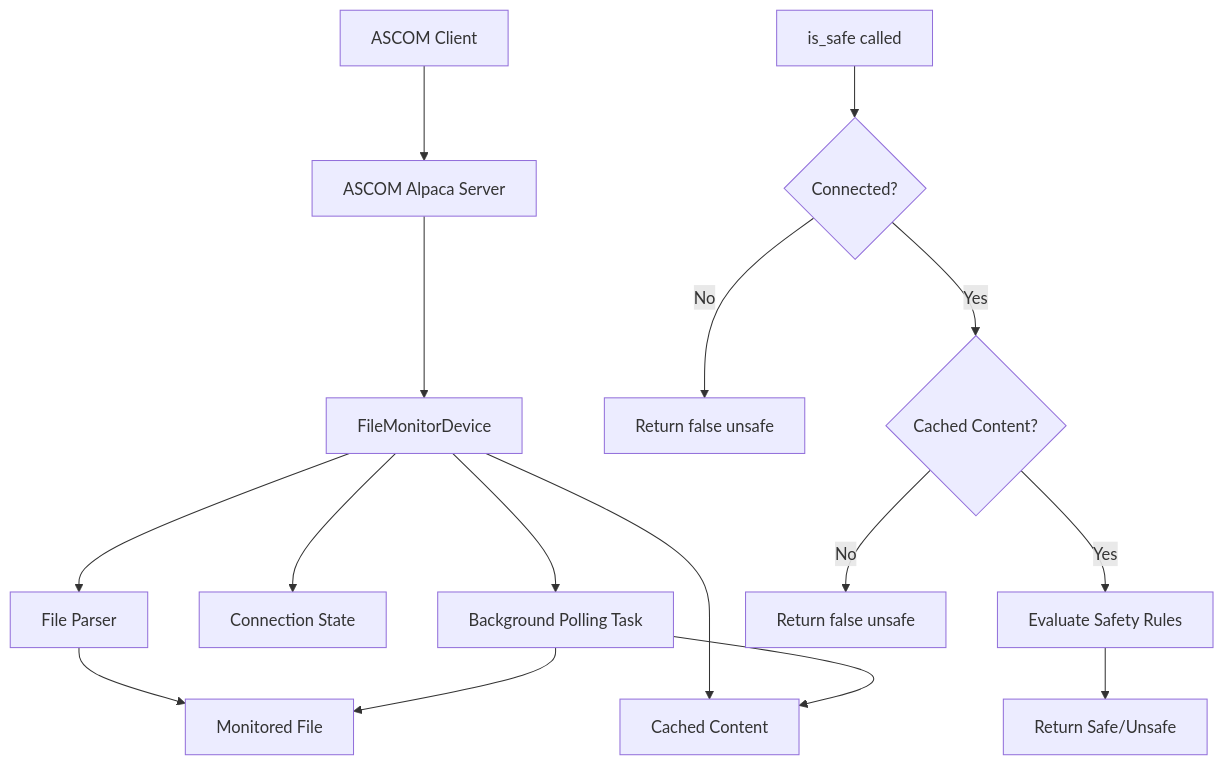
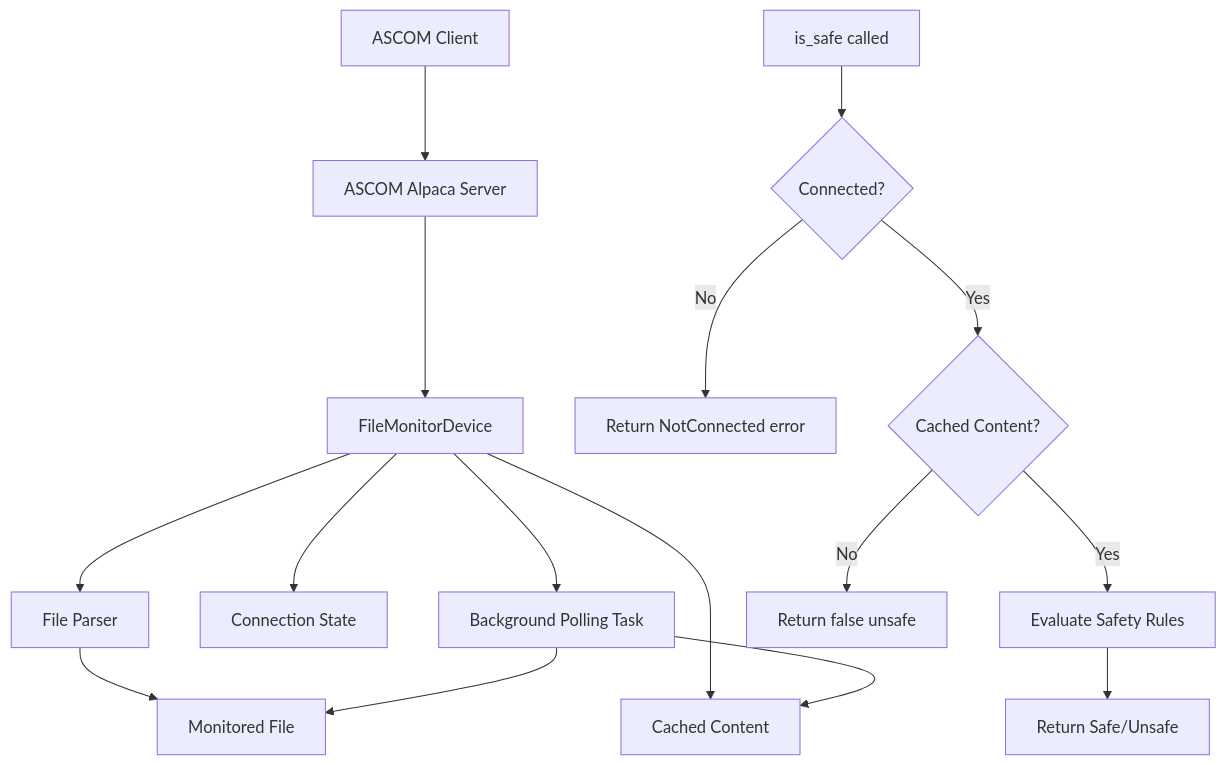
Before and after one commit to ivonnyssen/rusty-photon: the diagram in docs/services/filemonitor.md, drawn with Mermaid. The commit also changed other lines of this file and 6 other files, not shown here.

Commit message:
updated satefymonitor to return not_connected when it is not instead of false for IsSafe. Added test coverage.

````diff
--- a/docs/services/filemonitor.md
+++ b/docs/services/filemonitor.md
@@ -98,20 +98,20 @@
 ```mermaid
 graph TD;
     A[ASCOM Client] --> B[ASCOM Alpaca Server];
     B --> C[FileMonitorDevice];
     C --> D[File Parser];
     D --> E[Monitored File];
     
     C --> F[Connection State];
     C --> G[Cached Content];
     C --> H[Background Polling Task];
     H --> E;
     H --> G;
     
     I[is_safe called] --> J{Connected?};
-    J -->|No| K[Return false unsafe];
+    J -->|No| K[Return NotConnected error];
     J -->|Yes| L{Cached Content?};
     L -->|Yes| M[Evaluate Safety Rules];
     L -->|No| N[Return false unsafe];
     M --> O[Return Safe/Unsafe];
 ```
````
